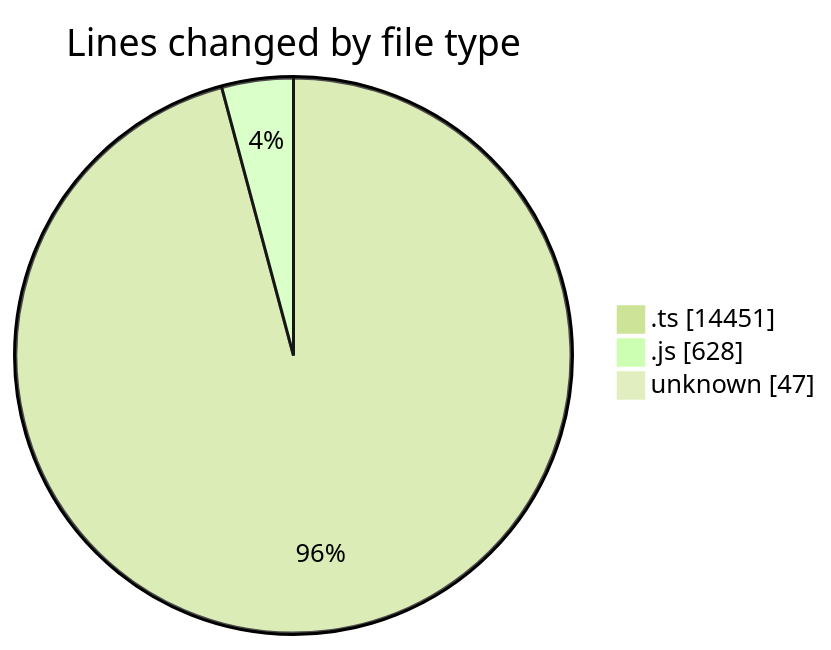
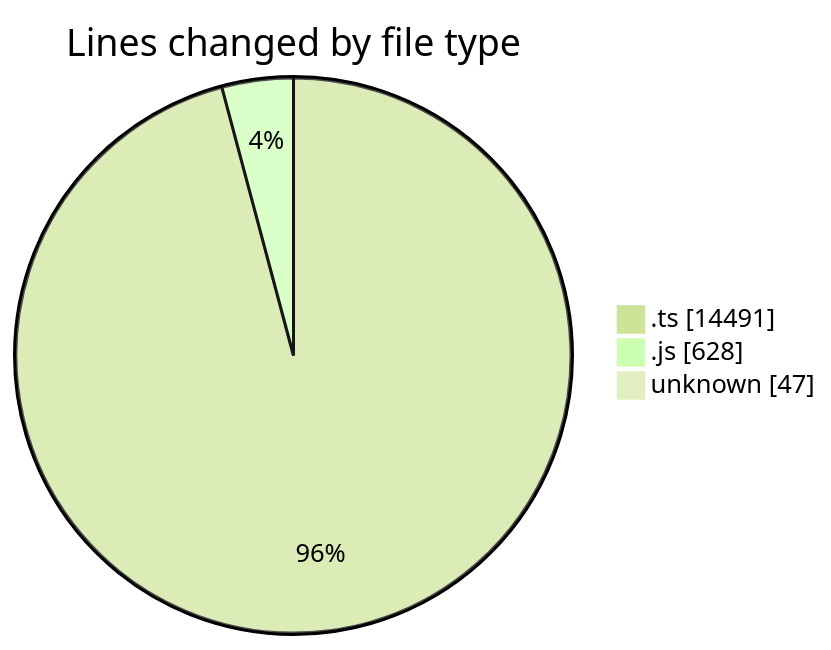
The first of 2 diagrams in 2025-09-05/cda/README.md (momahboobian/code-tracking), drawn with Mermaid (forest theme) before and after one commit. The commit also changed other lines of this file and 1 other file, not shown here.

````diff
--- a/2025-09-05/cda/README.md
+++ b/2025-09-05/cda/README.md
@@ -27,7 +27,7 @@
 ```mermaid
 pie showData
 title Lines changed by file type
-".ts" : 14451
+".ts" : 14491
 ".js" : 628
 "unknown" : 47
 ```
````
